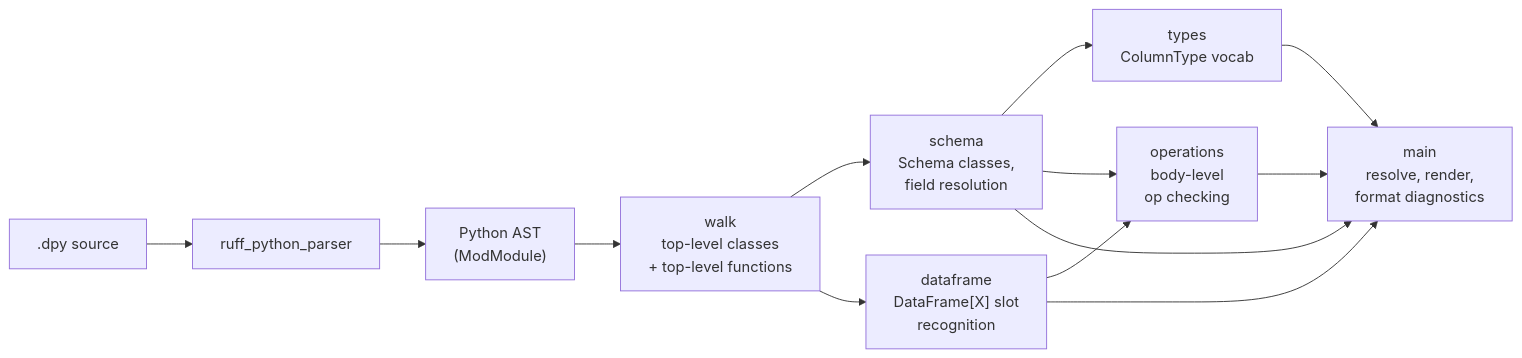
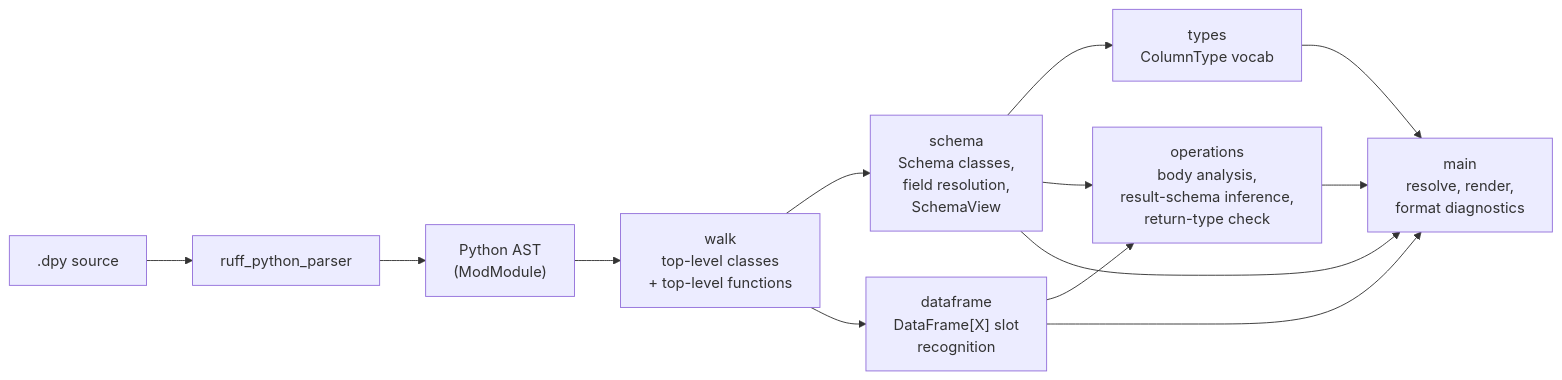
The diagram in docs/design/architecture.md (amirnaderi93/pykrete), drawn with Mermaid before and after one commit. The commit also changed other lines of this file and 4 other files, not shown here.

First line of the commit message:
Result-schema inference + locals + chained receivers + return checks

````diff
--- a/docs/design/architecture.md
+++ b/docs/design/architecture.md
@@ -7,15 +7,15 @@
 ```mermaid
 flowchart LR
     A[".dpy source"] --> B["ruff_python_parser"]
     B --> C["Python AST<br/>(ModModule)"]
     C --> W["walk<br/>top-level classes<br/>+ top-level functions"]
-    W --> S["schema<br/>Schema classes,<br/>field resolution"]
+    W --> S["schema<br/>Schema classes,<br/>field resolution,<br/>SchemaView"]
     W --> D["dataframe<br/>DataFrame[X] slot<br/>recognition"]
     S --> T["types<br/>ColumnType vocab"]
-    D --> O["operations<br/>body-level<br/>op checking"]
+    D --> O["operations<br/>body analysis,<br/>result-schema inference,<br/>return-type check"]
     S --> O
     S --> M["main<br/>resolve, render,<br/>format diagnostics"]
     D --> M
     T --> M
     O --> M
 ```
````
